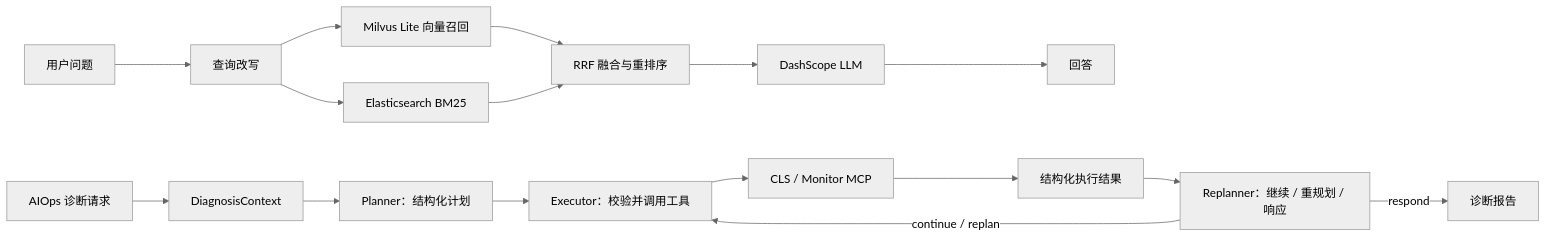
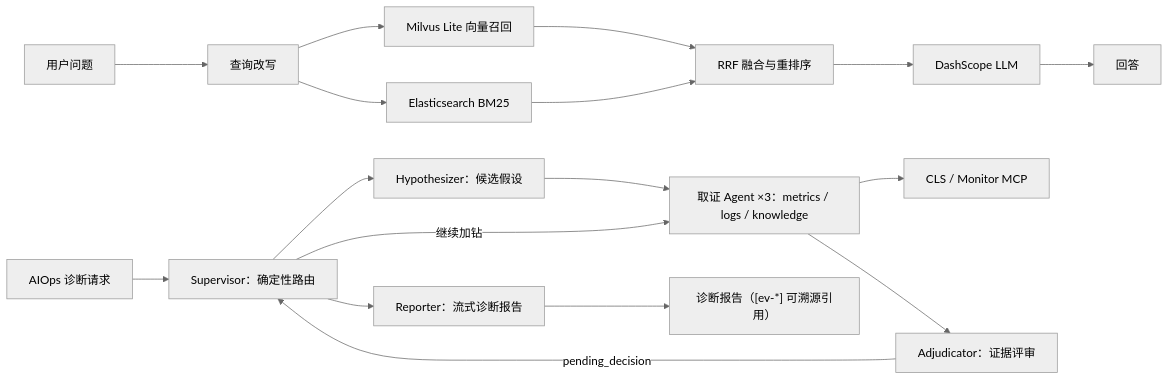
Before and after one commit to daigo616-zjl/SuperOpsAgent: the diagram in README.md, drawn with Mermaid (neutral theme). The commit also changed other lines of this file, not shown here.

````diff
--- a/README.md
+++ b/README.md
@@ -23,19 +32,20 @@
 ```mermaid
 flowchart LR
     U["用户问题"] --> Q["查询改写"]
     Q --> V["Milvus Lite 向量召回"]
     Q --> E["Elasticsearch BM25"]
     V --> F["RRF 融合与重排序"]
     E --> F
     F --> L["DashScope LLM"]
     L --> A["回答"]
 
-    O["AIOps 诊断请求"] --> C["DiagnosisContext"]
-    C --> P["Planner：结构化计划"]
-    P --> X["Executor：校验并调用工具"]
-    X --> M["CLS / Monitor MCP"]
-    M --> S["结构化执行结果"]
-    S --> R["Replanner：继续 / 重规划 / 响应"]
-    R -->|continue / replan| X
-    R -->|respond| A2["诊断报告"]
+    O["AIOps 诊断请求"] --> S["Supervisor：确定性路由"]
+    S --> H["Hypothesizer：候选假设"]
+    H --> I["取证 Agent ×3：metrics / logs / knowledge"]
+    I --> M["CLS / Monitor MCP"]
+    I --> AD["Adjudicator：证据评审"]
+    AD -->|pending_decision| S
+    S -->|继续加钻| I
+    S --> R["Reporter：流式诊断报告"]
+    R --> A2["诊断报告（[ev-*] 可溯源引用）"]
 ```
````
